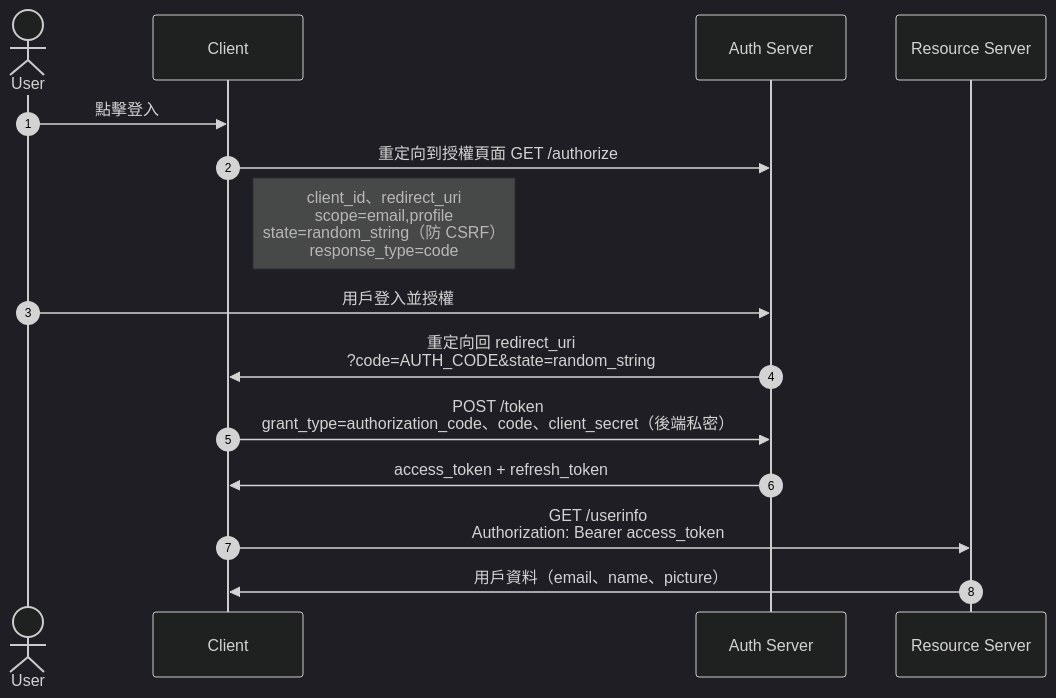
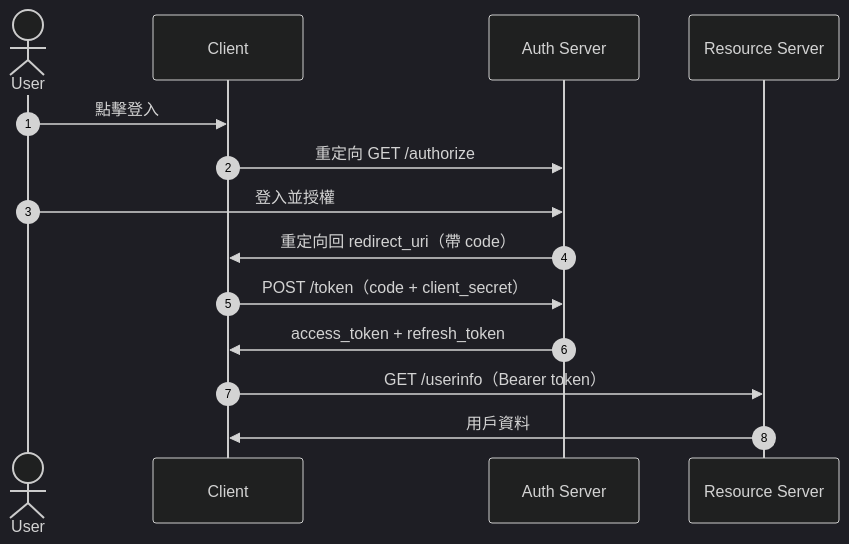
Before and after one commit to AnthonyFuFu/StudyNotes: the first of 2 diagrams in docs/network-security/security/oauth2.md, drawn with Mermaid (dark theme). The commit also changed other lines of this file and 43 other files, not shown here.

````diff
--- a/docs/network-security/security/oauth2.md
+++ b/docs/network-security/security/oauth2.md
@@ -21,17 +21,16 @@
 ``` mermaid
 sequenceDiagram
     autonumber
     actor U as User
     participant C as Client
     participant A as Auth Server
     participant R as Resource Server
     U->>C: 點擊登入
-    C->>A: 重定向到授權頁面 GET /authorize
-    Note right of C: client_id、redirect_uri<br>scope=email,profile<br>state=random_string（防 CSRF）<br>response_type=code
-    U->>A: 用戶登入並授權
-    A->>C: 重定向回 redirect_uri<br>?code=AUTH_CODE&state=random_string
-    C->>A: POST /token<br>grant_type=authorization_code、code、client_secret（後端私密）
+    C->>A: 重定向 GET /authorize
+    U->>A: 登入並授權
+    A->>C: 重定向回 redirect_uri（帶 code）
+    C->>A: POST /token（code + client_secret）
     A->>C: access_token + refresh_token
-    C->>R: GET /userinfo<br>Authorization: Bearer access_token
-    R->>C: 用戶資料（email、name、picture）
+    C->>R: GET /userinfo（Bearer token）
+    R->>C: 用戶資料
 ```
````
